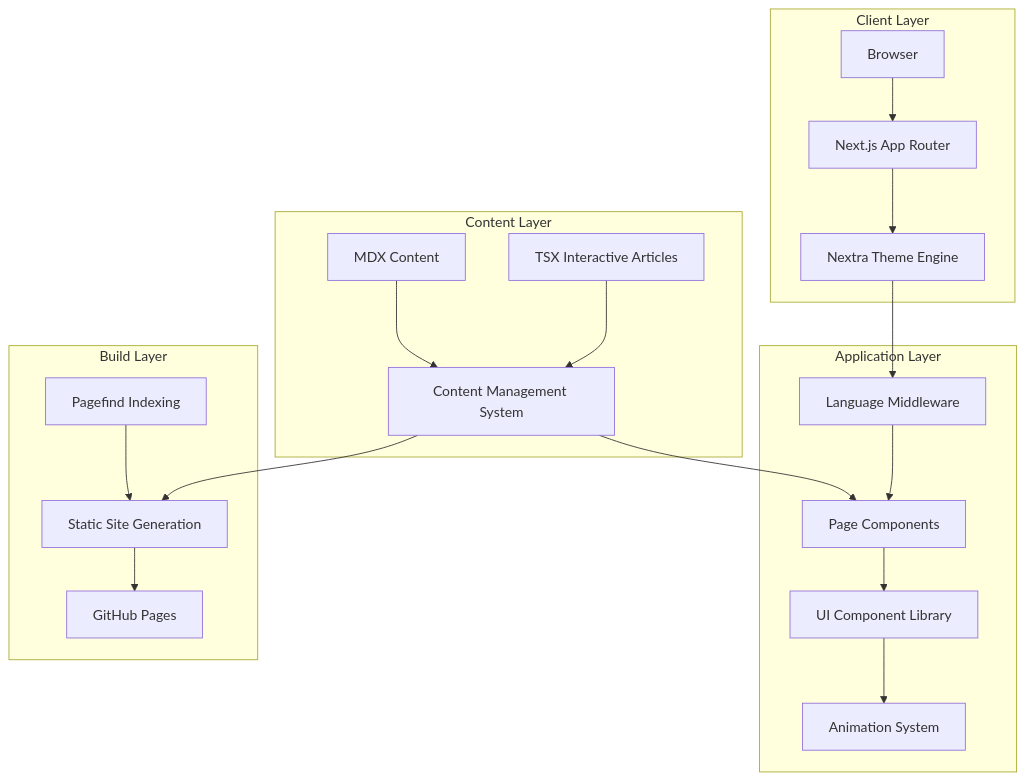
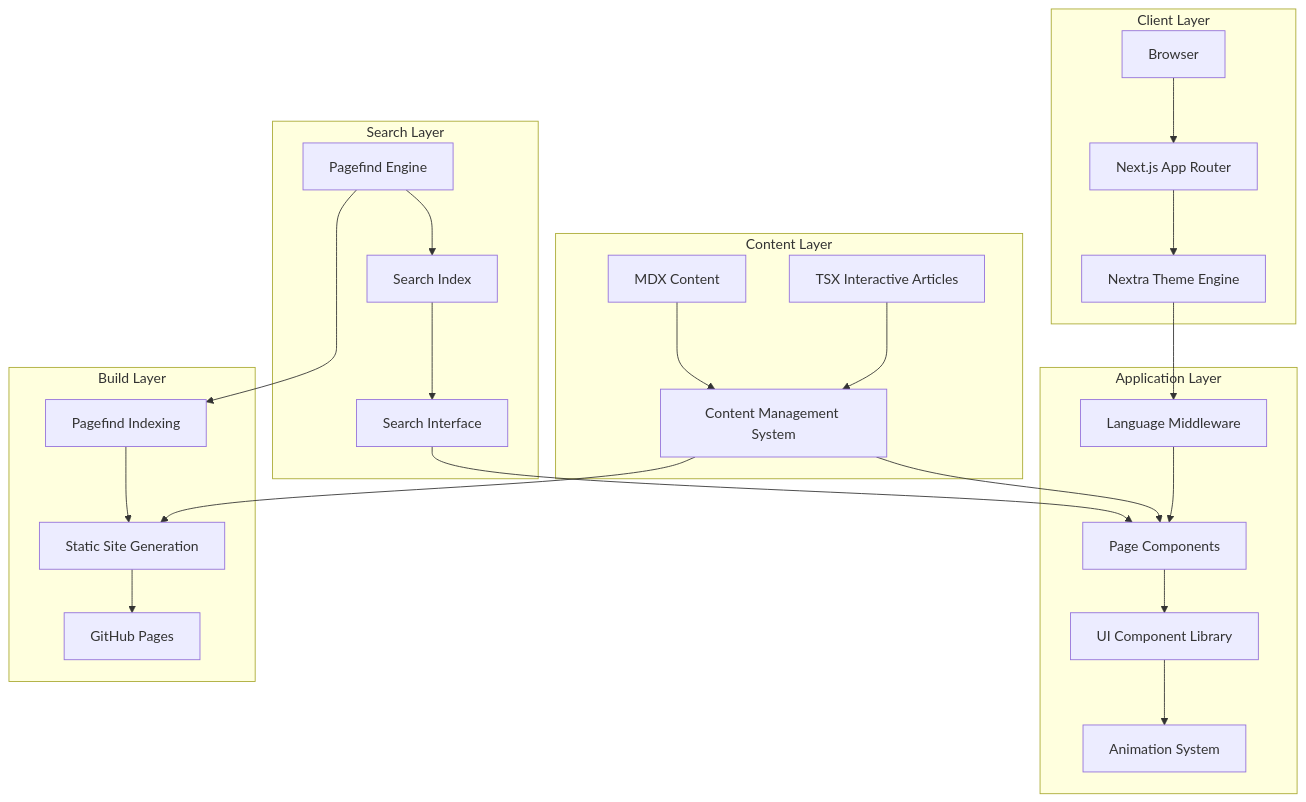
Before and after one commit to yoshixmk/profile: the first of 5 diagrams in .kiro/specs/nextjs-nextra-profile-website/design.md, drawn with Mermaid. The commit also changed other lines of this file and 2 other files, not shown here.

First line of the commit message:
docs: Expand architecture documentation with search and deployment details

````diff
--- a/.kiro/specs/nextjs-nextra-profile-website/design.md
+++ b/.kiro/specs/nextjs-nextra-profile-website/design.md
@@ -13,26 +13,33 @@
 ```mermaid
 graph TB
     subgraph "Client Layer"
         A[Browser] --> B[Next.js App Router]
         B --> C[Nextra Theme Engine]
     end
 
     subgraph "Application Layer"
         C --> D[Language Middleware]
         D --> E[Page Components]
         E --> F[UI Component Library]
         F --> G[Animation System]
     end
 
     subgraph "Content Layer"
         H[MDX Content] --> I[Content Management System]
         J[TSX Interactive Articles] --> I
         I --> E
     end
 
+    subgraph "Search Layer"
+        N[Pagefind Engine] --> O[Search Index]
+        O --> P[Search Interface]
+        P --> E
+    end
+
     subgraph "Build Layer"
         K[Static Site Generation] --> L[GitHub Pages]
         M[Pagefind Indexing] --> K
+        N --> M
         I --> K
     end
 ```
````
